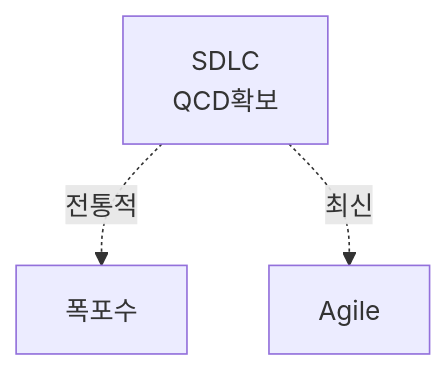
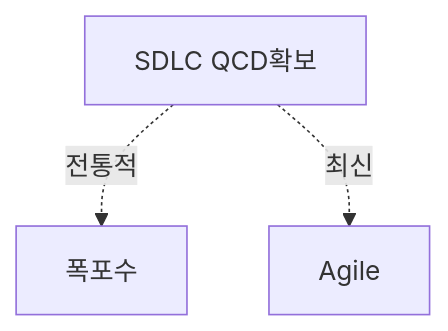
Before and after one commit to gracefullight/gracefullight.github.io: the diagram in blog/pe/engineering/waterfall-vs-agile-methodology.md, drawn with Mermaid. The commit also changed 1 other file, not shown here.

Commit message:
docs: 📚️ oop

````diff
--- a/blog/pe/engineering/waterfall-vs-agile-methodology.md
+++ b/blog/pe/engineering/waterfall-vs-agile-methodology.md
@@ -17,10 +17,9 @@
 ```mermaid
 graph TB;
-    W[폭포수]
-    S["`SDLC
-    QCD확보`"]
-    A[Agile]
+    waterfall[폭포수]
+    SDLC_QCD[SDLC QCD확보]
+    agile[Agile]
 
-    S-.전통적.->W
-    S-.최신.->A
+    SDLC_QCD-.전통적.->waterfall
+    SDLC_QCD-.최신.->agile
 ```
````
